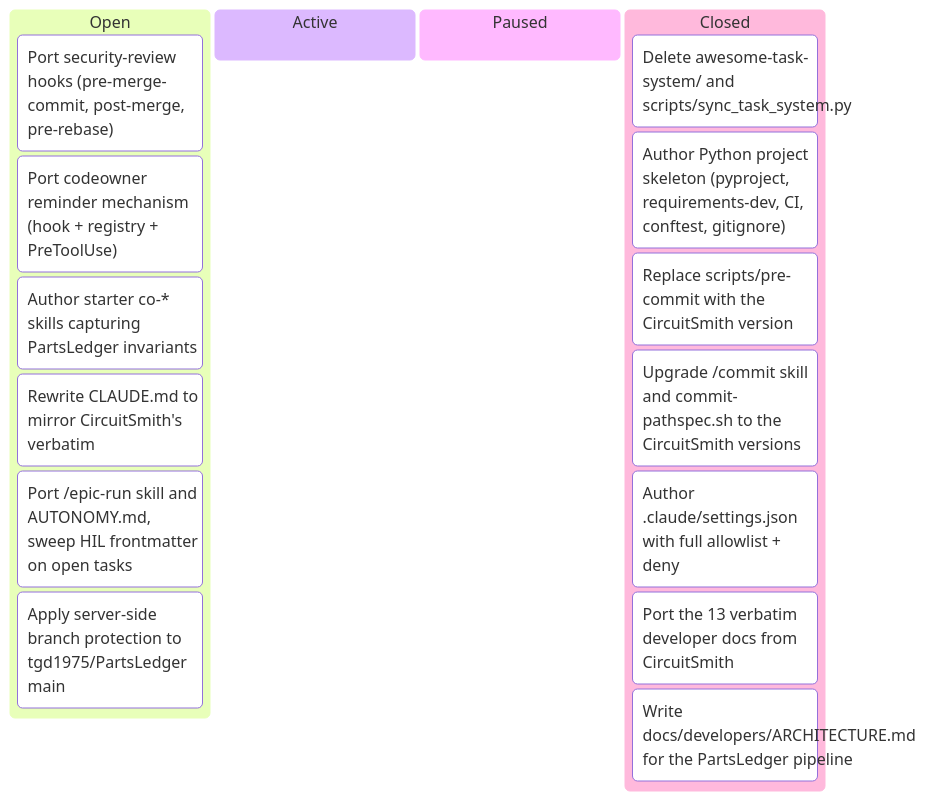
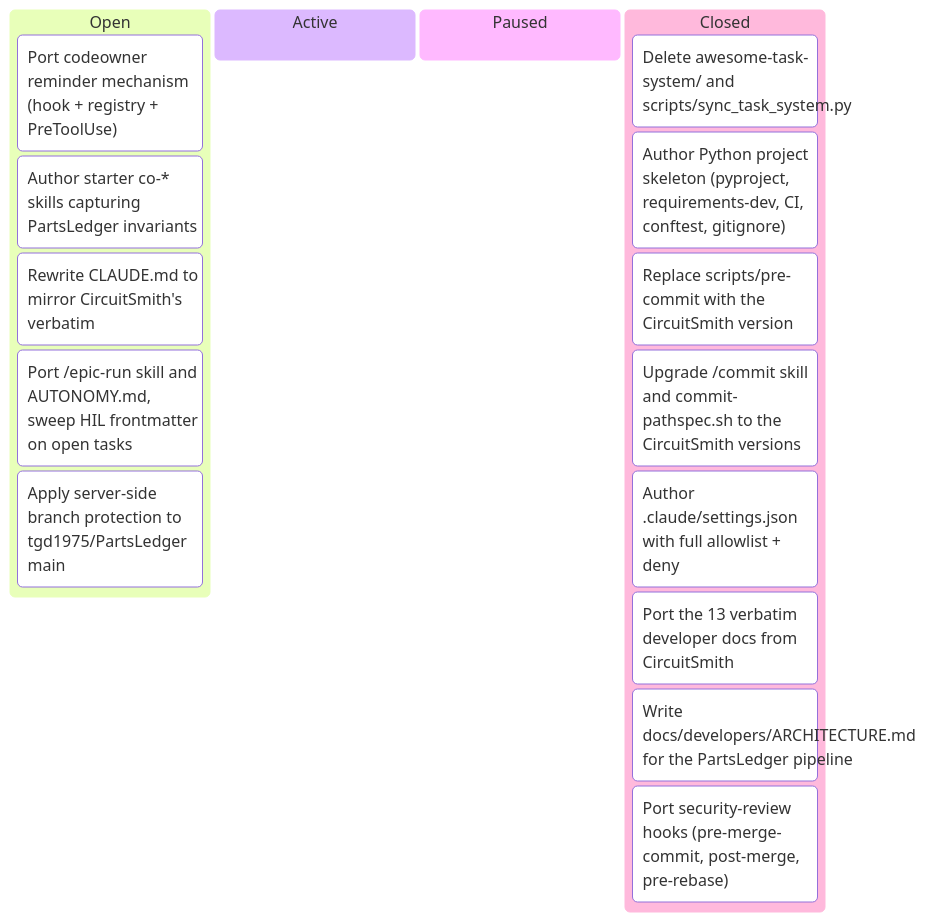
Before and after one commit to tgd1975/PartsLedger: the diagram in docs/developers/tasks/KANBAN.md, drawn with Mermaid. The commit also changed other lines of this file and 10 other files, not shown here.

First line of the commit message:
close TASK-008: Port security-review hooks (pre-merge / post-merge / pre-rebase)

````diff
--- a/docs/developers/tasks/KANBAN.md
+++ b/docs/developers/tasks/KANBAN.md
@@ -11,20 +11,20 @@
 ```mermaid
 kanban
   Open
-    TASK_008["Port security-review hooks (pre-merge-commit, post-merge, pre-rebase)"]
     TASK_009["Port codeowner reminder mechanism (hook + registry + PreToolUse)"]
     TASK_010["Author starter co-* skills capturing PartsLedger invariants"]
     TASK_011["Rewrite CLAUDE.md to mirror CircuitSmith's verbatim"]
     TASK_012["Port /epic-run skill and AUTONOMY.md, sweep HIL frontmatter on open tasks"]
     TASK_013["Apply server-side branch protection to tgd1975/PartsLedger main"]
   Active
   Paused
   Closed
     TASK_001["Delete awesome-task-system/ and scripts/sync_task_system.py"]
     TASK_002["Author Python project skeleton (pyproject, requirements-dev, CI, conftest, gitignore)"]
     TASK_003["Replace scripts/pre-commit with the CircuitSmith version"]
     TASK_004["Upgrade /commit skill and commit-pathspec.sh to the CircuitSmith versions"]
     TASK_005["Author .claude/settings.json with full allowlist + deny"]
     TASK_006["Port the 13 verbatim developer docs from CircuitSmith"]
     TASK_007["Write docs/developers/ARCHITECTURE.md for the PartsLedger pipeline"]
+    TASK_008["Port security-review hooks (pre-merge-commit, post-merge, pre-rebase)"]
 ```
````
